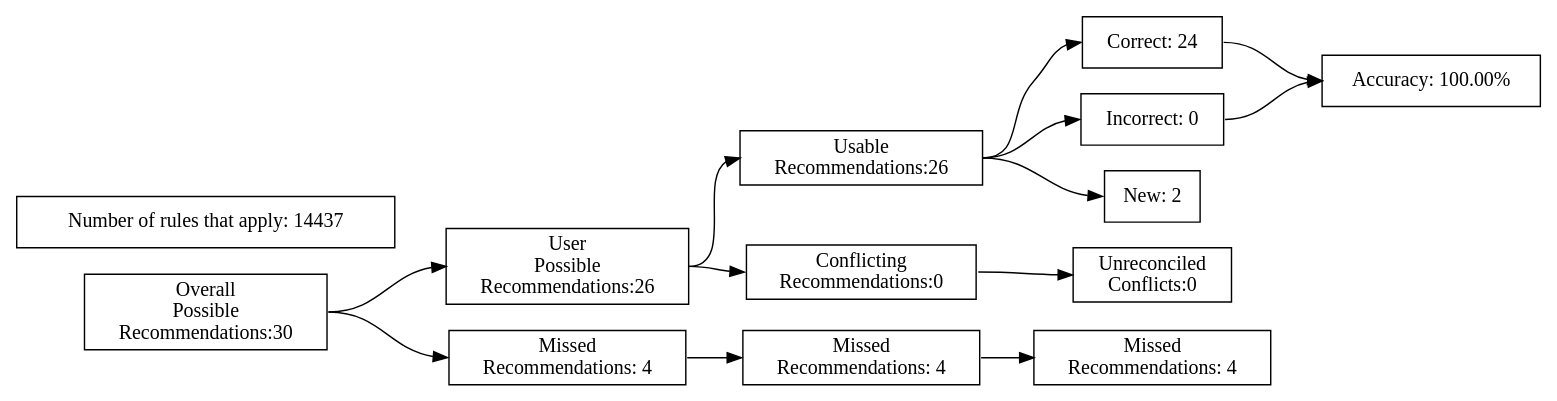
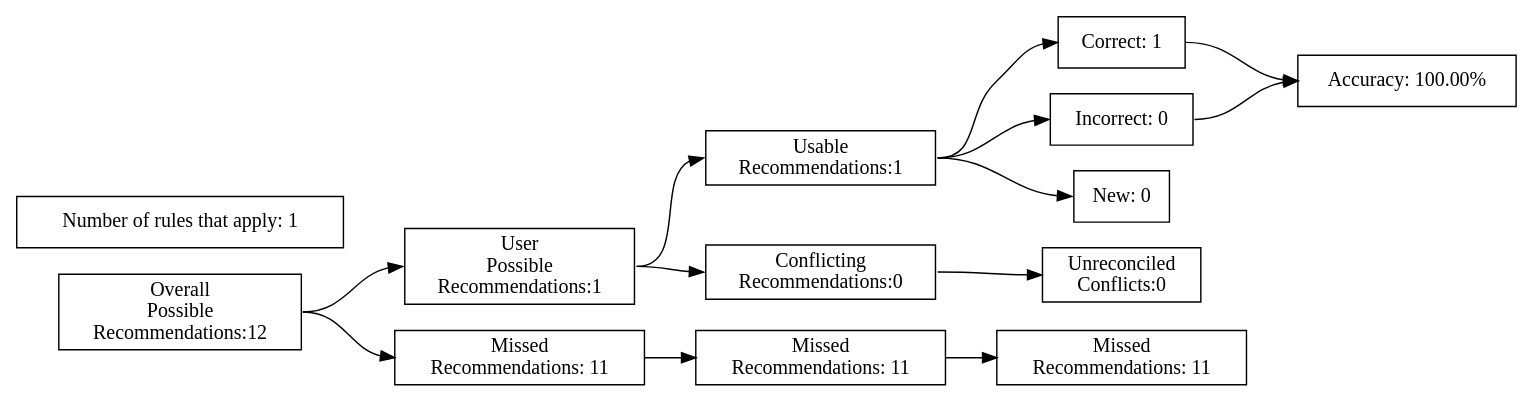
The diagram in test_renders/30.gv (ZaxR/ibd_diet_analysis), drawn with Graphviz before and after one commit. The commit also changed 77 other files, not shown here.

```diff
--- a/test_renders/30.gv
+++ b/test_renders/30.gv
@@ -1,40 +1,40 @@
 digraph {
 	graph [rankdir=LR]
 	node [pos=r shape=box]
 	edge [headport=w tailport=e]
 		A [label="Overall
 Possible
-Recommendations:30"]
+Recommendations:12"]
 		B [label="User
 Possible
-Recommendations:26"]
+Recommendations:1"]
 		C [label="Missed
-Recommendations: 4"]
+Recommendations: 11"]
 		D [label="Usable
-Recommendations:26"]
+Recommendations:1"]
 		E [label="Conflicting
 Recommendations:0"]
 		J [label="Missed
-Recommendations: 4"]
+Recommendations: 11"]
 		M [label="Unreconciled
 Conflicts:0"]
-		F [label="Correct: 24"]
+		F [label="Correct: 1"]
 		G [label="Incorrect: 0"]
-		H [label="New: 2"]
+		H [label="New: 0"]
 		K [label="Missed
-Recommendations: 4"]
+Recommendations: 11"]
 		I [label="Accuracy: 100.00%"]
-		l [label="Number of rules that apply: 14437"]
+		l [label="Number of rules that apply: 1"]
 			A -> B
 			A -> C
 			B -> D
 			B -> E
 			D -> F
 			D -> G
 			D -> H
 			F -> I
 			G -> I
 			C -> J
 			J -> K
 			E -> M
 }
```
